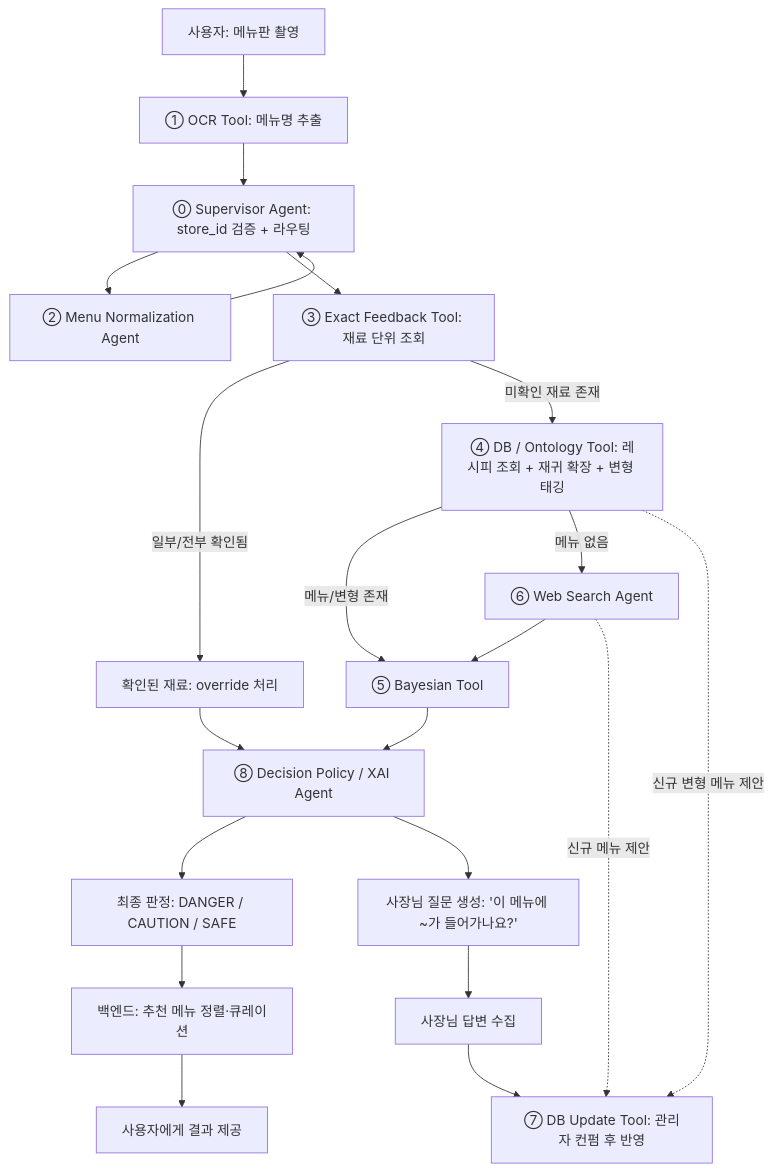
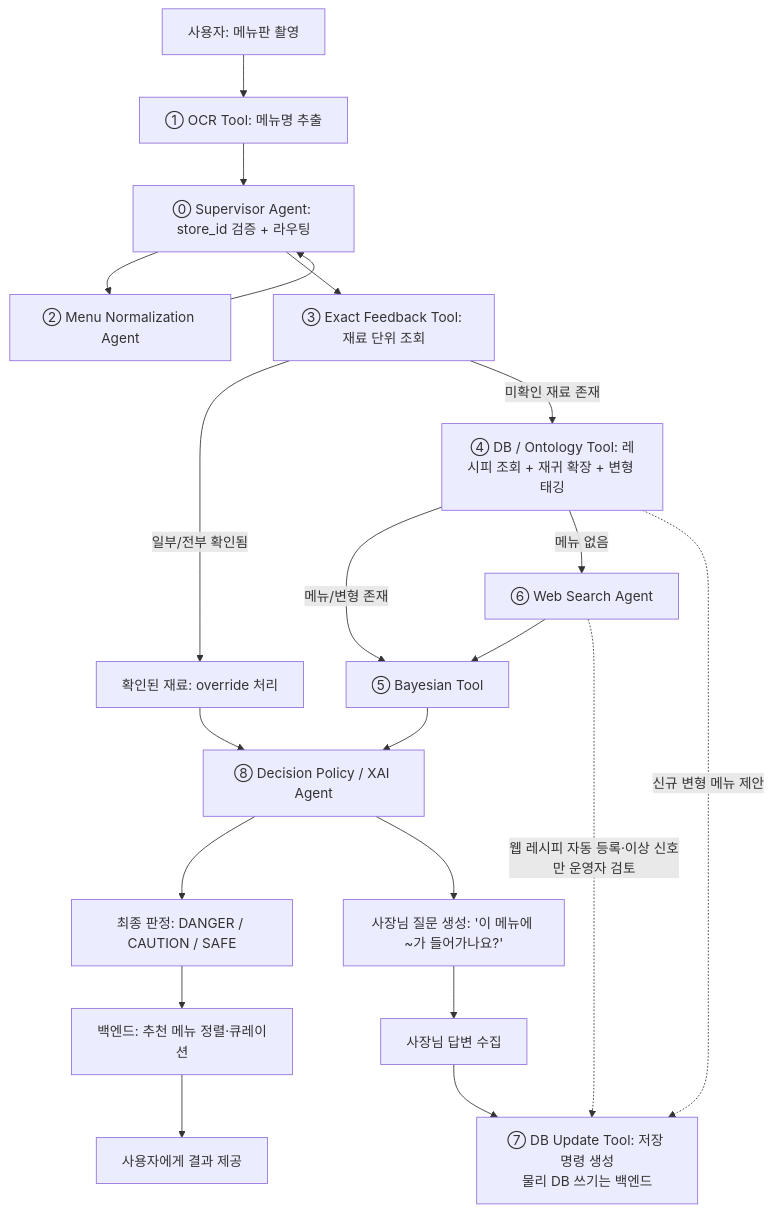
The first of 7 diagrams in docs/caution-multi-agent-architecture.md (Han-Spoon/ai), drawn with Mermaid before and after one commit. The commit also changed other lines of this file, not shown here.

Commit message:
[DOCS] 아키텍처의 확정·웹 레시피 흐름 정리 (#328, #340)

````diff
--- a/docs/caution-multi-agent-architecture.md
+++ b/docs/caution-multi-agent-architecture.md
@@ -10,30 +10,30 @@
 ```mermaid
 flowchart TD
     A[사용자: 메뉴판 촬영] --> B[① OCR Tool: 메뉴명 추출]
     B --> D[⓪ Supervisor Agent: store_id 검증 + 라우팅]
     D --> C[② Menu Normalization Agent]
     C --> D
 
     D --> E[③ Exact Feedback Tool: 재료 단위 조회]
     E -->|일부/전부 확인됨| F[확인된 재료: override 처리]
     E -->|미확인 재료 존재| G[④ DB / Ontology Tool: 레시피 조회 + 재귀 확장 + 변형 태깅]
 
     G -->|메뉴/변형 존재| H[⑤ Bayesian Tool]
     G -->|메뉴 없음| I[⑥ Web Search Agent]
 
     I --> H
 
     H --> K[⑧ Decision Policy / XAI Agent]
     F --> K
 
     K --> L[최종 판정: DANGER / CAUTION / SAFE]
     K --> M[사장님 질문 생성: '이 메뉴에 ~가 들어가나요?']
     M --> N[사장님 답변 수집]
 
     L --> BE_CUR[백엔드: 추천 메뉴 정렬·큐레이션]
     BE_CUR --> O[사용자에게 결과 제공]
 
-    G -.신규 변형 메뉴 제안.-> J[⑦ DB Update Tool: 관리자 컨펌 후 반영]
-    I -.신규 메뉴 제안.-> J
+    G -.신규 변형 메뉴 제안.-> J[⑦ DB Update Tool: 저장 명령 생성<br/>물리 DB 쓰기는 백엔드]
+    I -.웹 레시피 자동 등록·이상 신호만 운영자 검토.-> J
     N --> J
 ```
````
